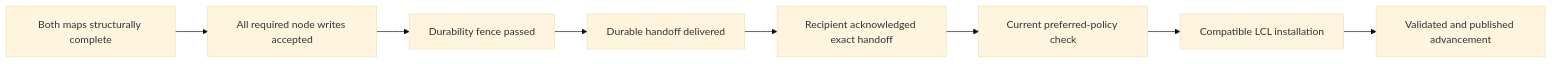
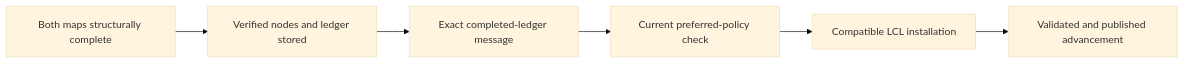
One commit to TusharPardhe/quaxar changed the tenth of 10 diagrams in docs/ACQUISITION.md. Above: the diagram before and after it, drawn with Mermaid (base theme). The commit also changed other lines of this file and 204 other files, not shown here.

````diff
--- a/docs/ACQUISITION.md
+++ b/docs/ACQUISITION.md
@@ -412,10 +384,8 @@
 ```mermaid
 flowchart LR
-    STRUCT[Both maps structurally complete] --> WRITE[All required node writes accepted]
-    WRITE --> FENCE[Durability fence passed]
-    FENCE --> DELIVER[Durable handoff delivered]
-    DELIVER --> ACK[Recipient acknowledged exact handoff]
-    ACK --> POLICY[Current preferred-policy check]
+    STRUCT[Both maps structurally complete] --> WRITE[Verified nodes and ledger stored]
+    WRITE --> DELIVER[Exact completed-ledger message]
+    DELIVER --> POLICY[Current preferred-policy check]
     POLICY --> INSTALL[Compatible LCL installation]
     INSTALL --> PUBLISH[Validated and published advancement]
 ```
````
